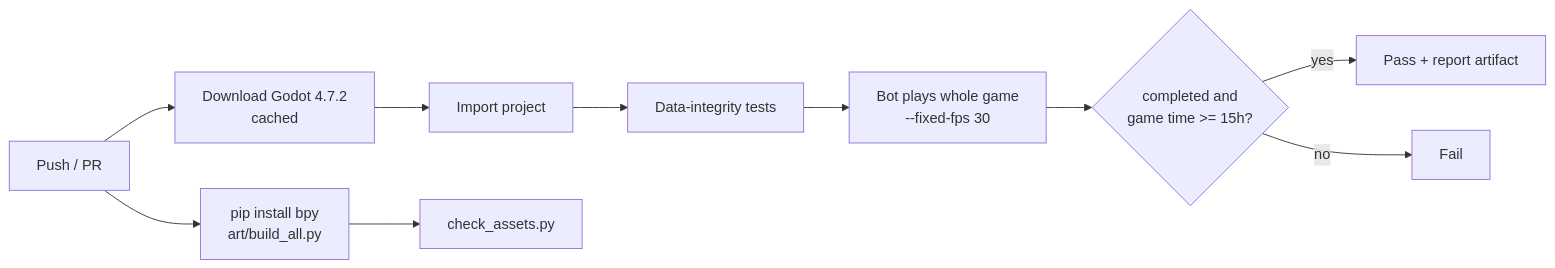
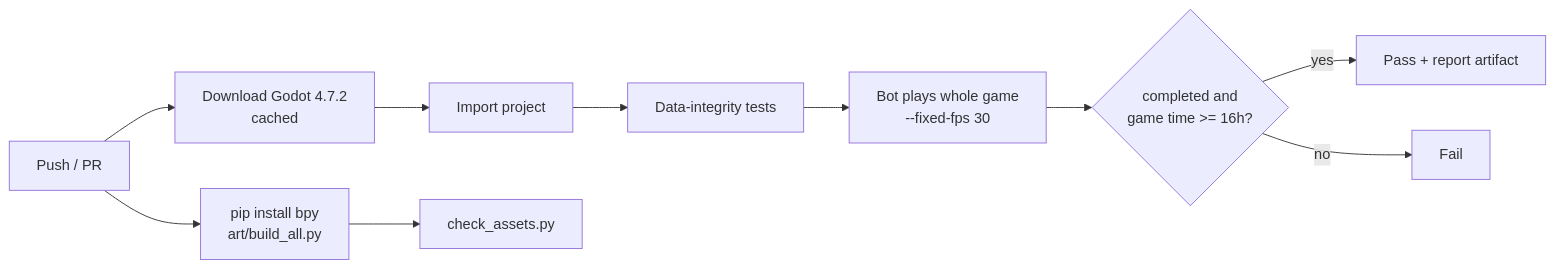
One commit to jgyy/timegox changed diagram 27 of 27 in README.md. Above: the diagram before and after it, drawn with Mermaid. The commit also changed other lines of this file and 72 other files, not shown here.

````diff
--- a/README.md
+++ b/README.md
@@ -1517,11 +1694,11 @@
 ```mermaid
 flowchart LR
     PR[Push / PR] --> DL[Download Godot 4.7.2<br/>cached]
     DL --> IMP[Import project]
     IMP --> T[Data-integrity tests]
     T --> B[Bot plays whole game<br/>--fixed-fps 30]
-    B --> G{completed and<br/>game time >= 15h?}
+    B --> G{completed and<br/>game time >= 16h?}
     PR --> ART[pip install bpy<br/>art/build_all.py] --> CHK[check_assets.py]
     G -- yes --> OK[Pass + report artifact]
     G -- no --> FAIL[Fail]
 ```
````
